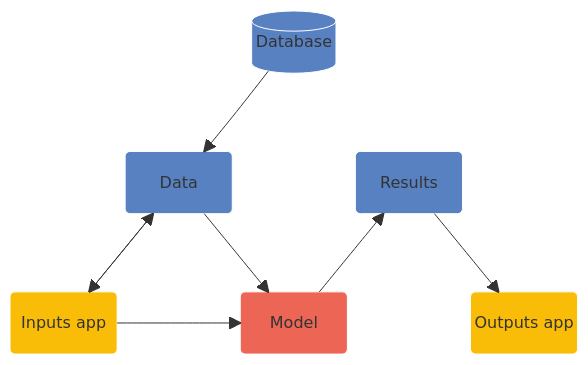
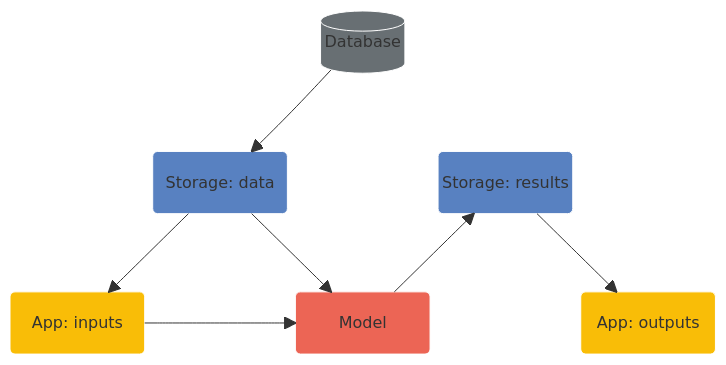
Before and after one commit to The-Strategy-Unit/data_science: the diagram in presentations/2024-09-05_earl-nhp/architecture.mermaid, drawn with Mermaid. The commit also changed 2 other files, not shown here.

```diff
--- a/presentations/2024-09-05_earl-nhp/architecture.mermaid
+++ b/presentations/2024-09-05_earl-nhp/architecture.mermaid
@@ -1,30 +1,31 @@
 block-beta
 
 columns 5
 
 space space db[("Database")]:1 space space
-space space:3 space
-space d("Data"):1 space r("Results"):1 space
-db --> d
 
 space:5
 
-i("Inputs app"):1
+space d("Storage: data"):1 space r("Storage: results"):1 space
+
+space:5
+
+i("App: inputs"):1
 space
 m("Model"):1
 space
-o("Outputs app"):1
+o("App: outputs"):1
 
-i --> d
+db --> d
 d --> i
 m --> r
 d --> m
 r --> o
 i --> m
 
-style db fill:#5881c1,stroke:#fff,color:#fff
-style d  fill:#5881c1,stroke:#fff,color:#fff
-style r  fill:#5881c1,stroke:#fff,color:#fff
-style i  fill:#f9bd07,stroke:#fff,color:#000
-style m  fill:#ec6555,stroke:#fff,color:#fff
-style o  fill:#f9bd07,stroke:#fff,color:#000
+style db fill:#686f73,stroke:#fff,color:#fff
+style d fill:#5881c1,stroke:#fff,color:#fff
+style r fill:#5881c1,stroke:#fff,color:#fff
+style i fill:#f9bd07,stroke:#fff,color:#000
+style m fill:#ec6555,stroke:#fff,color:#fff
+style o fill:#f9bd07,stroke:#fff,color:#000
```
